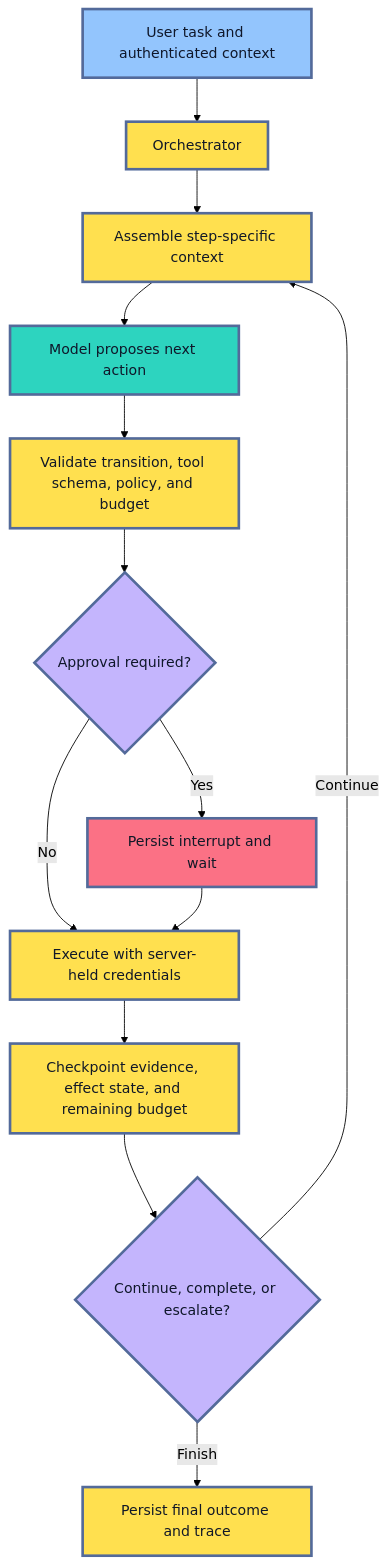
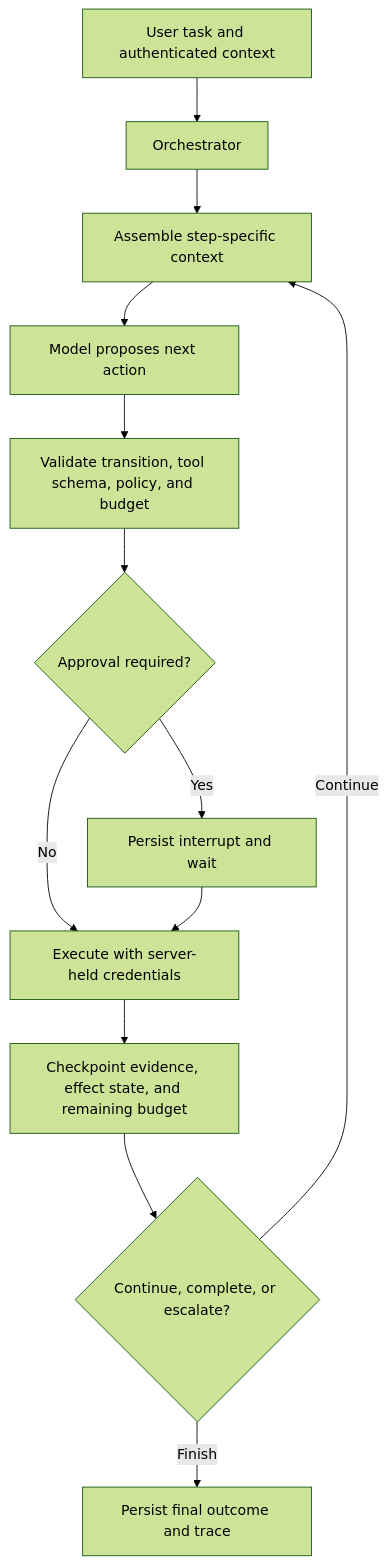
One commit to senlinyy/dev-roadmaps changed the sixth of 13 diagrams in roadmaps/mlops/modules/llmops/llm-app-foundations/03-workflows-and-agents.md. Above: the diagram before and after it, drawn with Mermaid (forest theme). The commit also changed other lines of this file and 152 other files, not shown here.

Commit message:
feat: mlops and diagrams updated

````diff
--- a/roadmaps/mlops/modules/llmops/llm-app-foundations/03-workflows-and-agents.md
+++ b/roadmaps/mlops/modules/llmops/llm-app-foundations/03-workflows-and-agents.md
@@ -267,26 +252,21 @@
 ```mermaid
 flowchart TD
     A["User task and authenticated context"] --> B["Orchestrator"]
     B --> C["Assemble step-specific context"]
     C --> D["Model proposes next action"]
     D --> E["Validate transition, tool schema, policy, and budget"]
     E --> F{"Approval required?"}
     F -->|"Yes"| G["Persist interrupt and wait"]
     F -->|"No"| H["Execute with server-held credentials"]
     G --> H
     H --> I["Checkpoint evidence, effect state, and remaining budget"]
     I --> J{"Continue, complete, or escalate?"}
     J -->|"Continue"| C
     J -->|"Finish"| K["Persist final outcome and trace"]
 
-    classDef input fill:#93C5FD,stroke:#536A9A,stroke-width:3px,color:#0F172A
-    classDef control fill:#FFE04F,stroke:#536A9A,stroke-width:3px,color:#111827
-    classDef model fill:#2DD4BF,stroke:#536A9A,stroke-width:3px,color:#0F172A
-    classDef gate fill:#C4B5FD,stroke:#536A9A,stroke-width:3px,color:#0F172A
-    classDef interrupt fill:#FB7185,stroke:#536A9A,stroke-width:3px,color:#111827
     class A input
     class B,C,E,H,I,K control
     class D model
     class F,J gate
     class G interrupt
 ```
````
